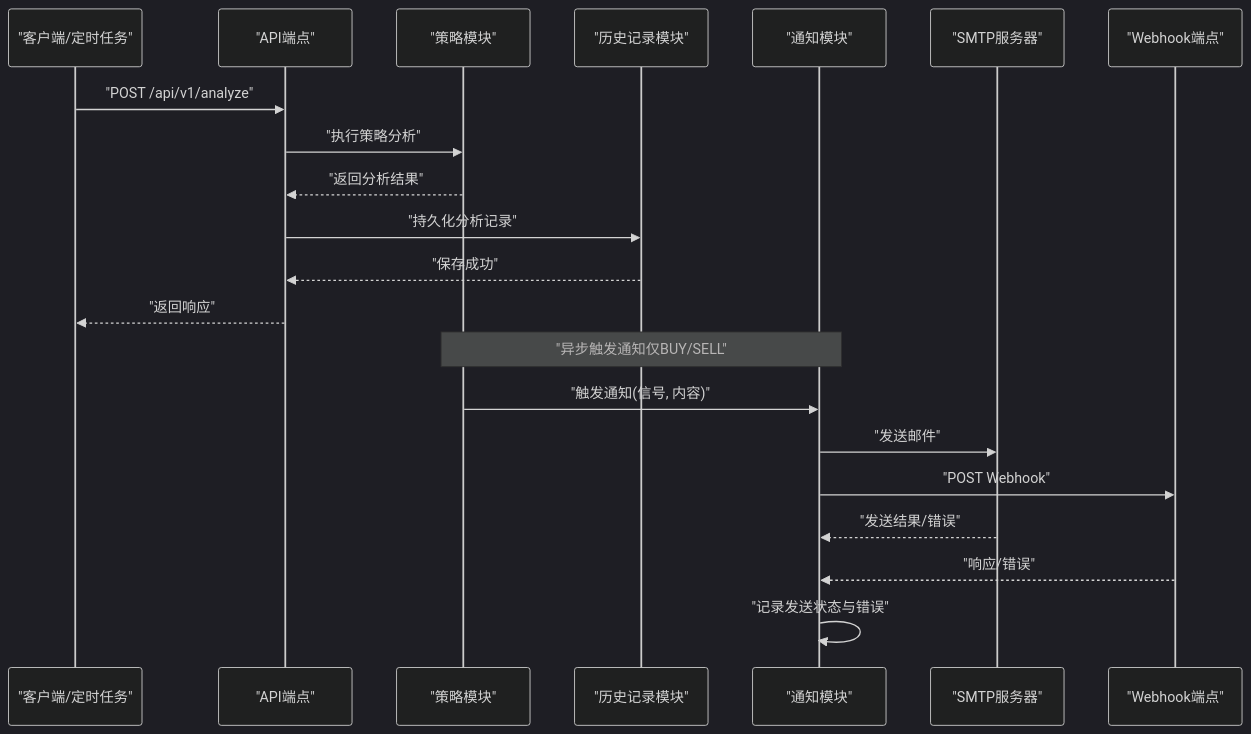
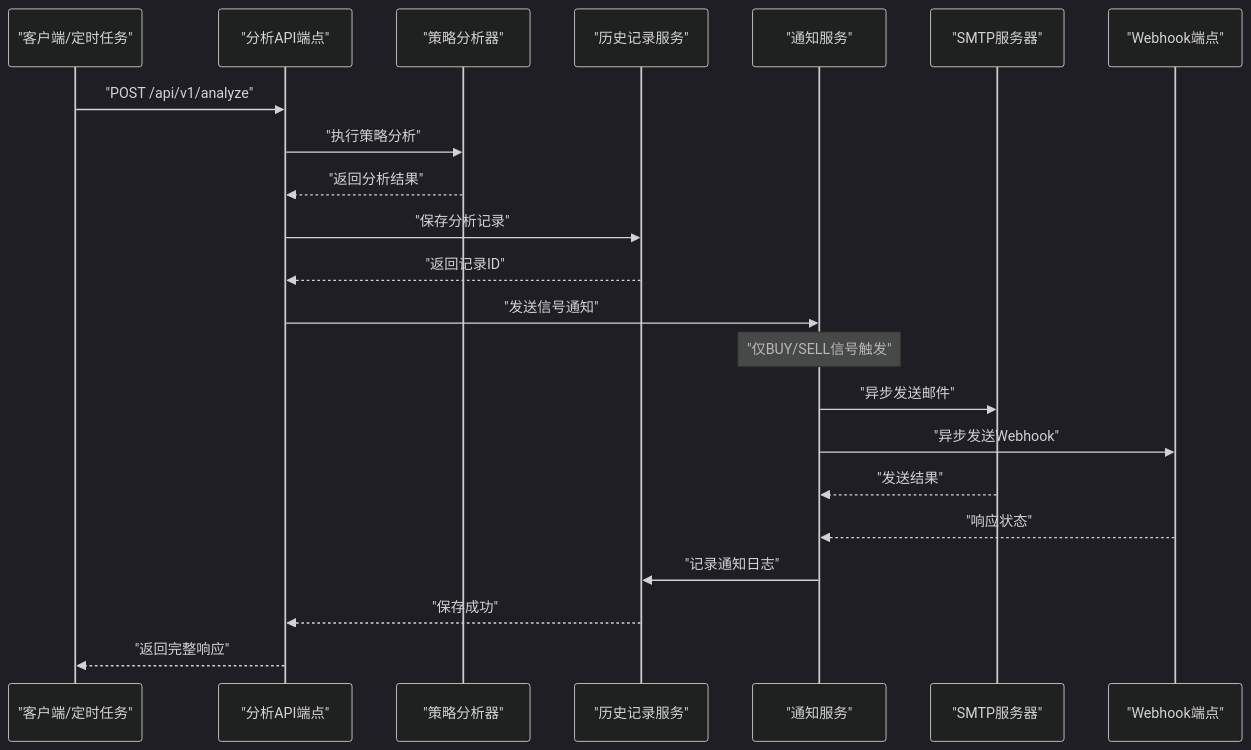
One commit to raymodny-ai/The-Modern-Turtle-Protocol changed the second of 4 diagrams in .qoder/repowiki/zh/content/核心功能模块/通知模块.md. Above: the diagram before and after it, drawn with Mermaid (dark theme). The commit also changed other lines of this file and 15 other files, not shown here.

````diff
--- a/.qoder/repowiki/zh/content/核心功能模块/通知模块.md
+++ b/.qoder/repowiki/zh/content/核心功能模块/通知模块.md
@@ -102,23 +118,24 @@
 ```mermaid
 sequenceDiagram
 participant Client as "客户端/定时任务"
-participant API as "API端点"
-participant Strategy as "策略模块"
-participant History as "历史记录模块"
-participant Notifier as "通知模块"
+participant API as "分析API端点"
+participant Strategy as "策略分析器"
+participant History as "历史记录服务"
+participant Notifier as "通知服务"
 participant SMTP as "SMTP服务器"
 participant Webhook as "Webhook端点"
 Client->>API : "POST /api/v1/analyze"
 API->>Strategy : "执行策略分析"
 Strategy-->>API : "返回分析结果"
-API->>History : "持久化分析记录"
+API->>History : "保存分析记录"
+History-->>API : "返回记录ID"
+API->>Notifier : "发送信号通知"
+Note over Notifier : "仅BUY/SELL信号触发"
+Notifier->>SMTP : "异步发送邮件"
+Notifier->>Webhook : "异步发送Webhook"
+SMTP-->>Notifier : "发送结果"
+Webhook-->>Notifier : "响应状态"
+Notifier->>History : "记录通知日志"
 History-->>API : "保存成功"
-API-->>Client : "返回响应"
-Note over Strategy,Notifier : "异步触发通知仅BUY/SELL"
-Strategy->>Notifier : "触发通知(信号, 内容)"
-Notifier->>SMTP : "发送邮件"
-Notifier->>Webhook : "POST Webhook"
-SMTP-->>Notifier : "发送结果/错误"
-Webhook-->>Notifier : "响应/错误"
-Notifier->>Notifier : "记录发送状态与错误"
+API-->>Client : "返回完整响应"
 ```
````
